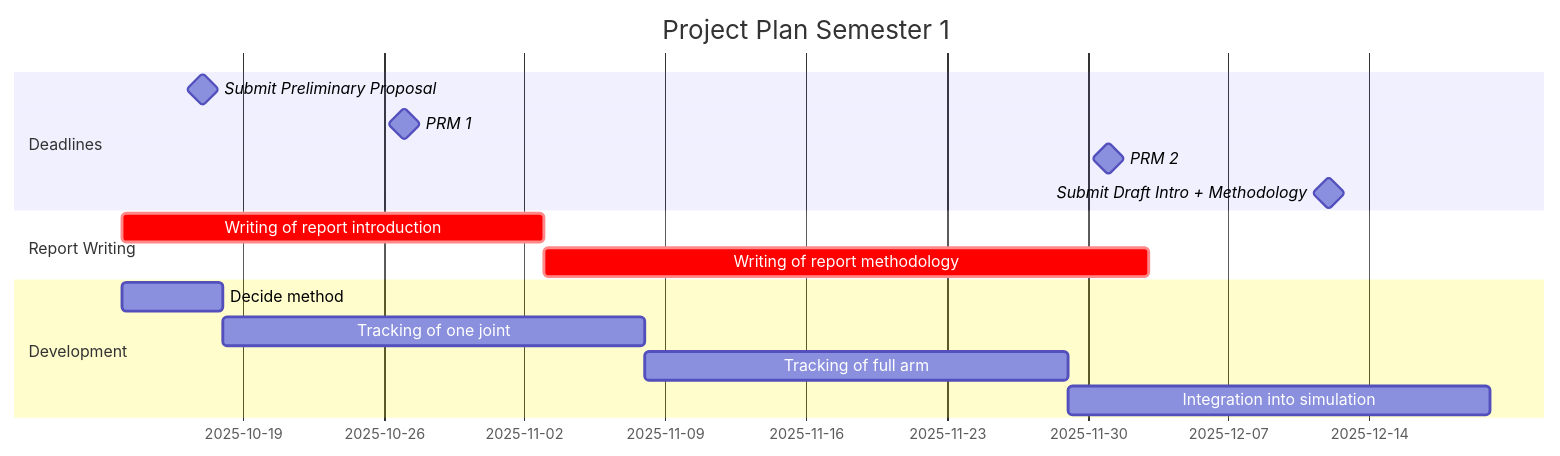
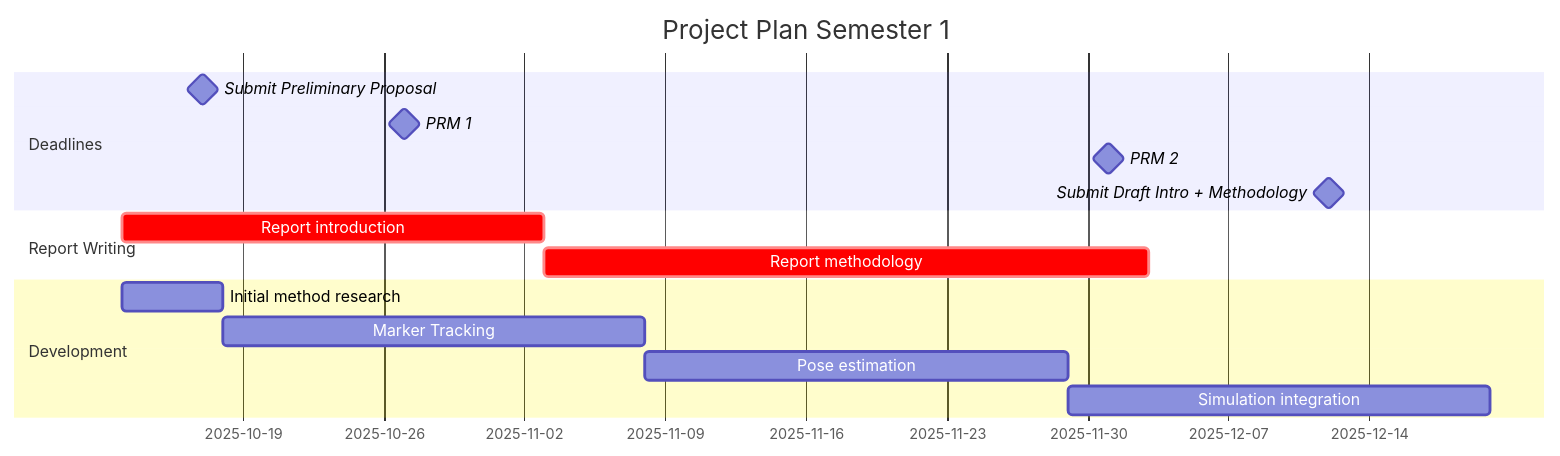
Before and after one commit to coding-beagle/BETC-Mote: the first of 2 diagrams in deliverables/proposal_imgs/mermaid_source.md, drawn with Mermaid. The commit also changed other lines of this file and 11 other files, not shown here.

````diff
--- a/deliverables/proposal_imgs/mermaid_source.md
+++ b/deliverables/proposal_imgs/mermaid_source.md
@@ -1,17 +1,17 @@
 ```mermaid
 gantt
     title Project Plan Semester 1
     section Deadlines
       Submit Preliminary Proposal : milestone, 2025-10-17,
       PRM 1 : milestone, 2025-10-27,
       PRM 2 : milestone, 2025-12-01,
       Submit Draft Intro + Methodology : milestone,SUBMITDEADLINE, 2025-12-12,
     section Report Writing
-      Writing of report introduction  :crit,INTRO, 2025-10-13, 21d
-      Writing of report methodology: crit, after INTRO, 30d
+      Report introduction  :crit,INTRO, 2025-10-13, 21d
+      Report methodology: crit, after INTRO, 30d
     section Development
-      Decide method     : 2025-10-13, 5d
-      Tracking of one joint: 2025-10-18, 21d
-      Tracking of full arm   : 2025-11-08, 21d
-      Integration into simulation : 2025-11-29, 21d
+      Initial method research     : 2025-10-13, 5d
+      Marker Tracking: 2025-10-18, 21d
+      Pose estimation   : 2025-11-08, 21d
+      Simulation integration : 2025-11-29, 21d
 ```
````
